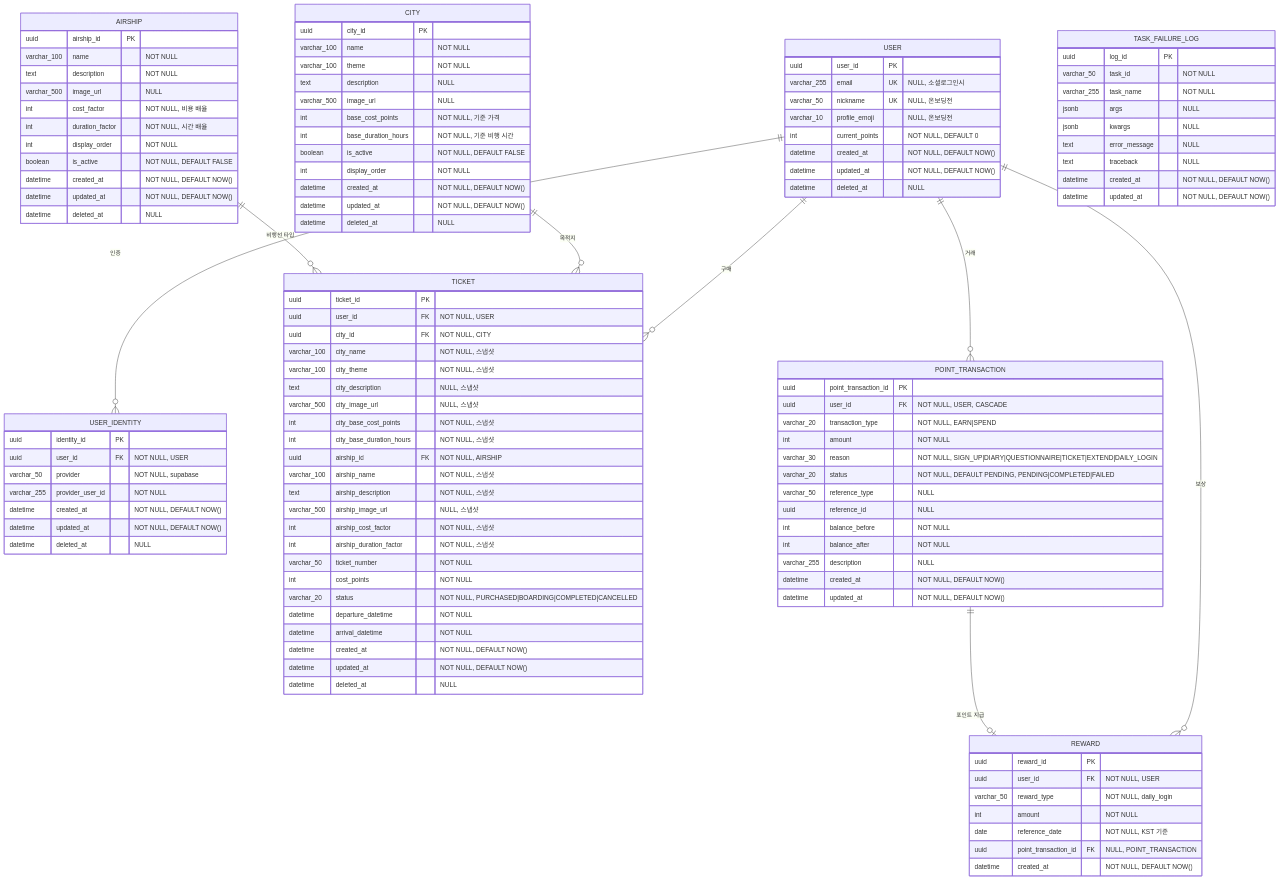
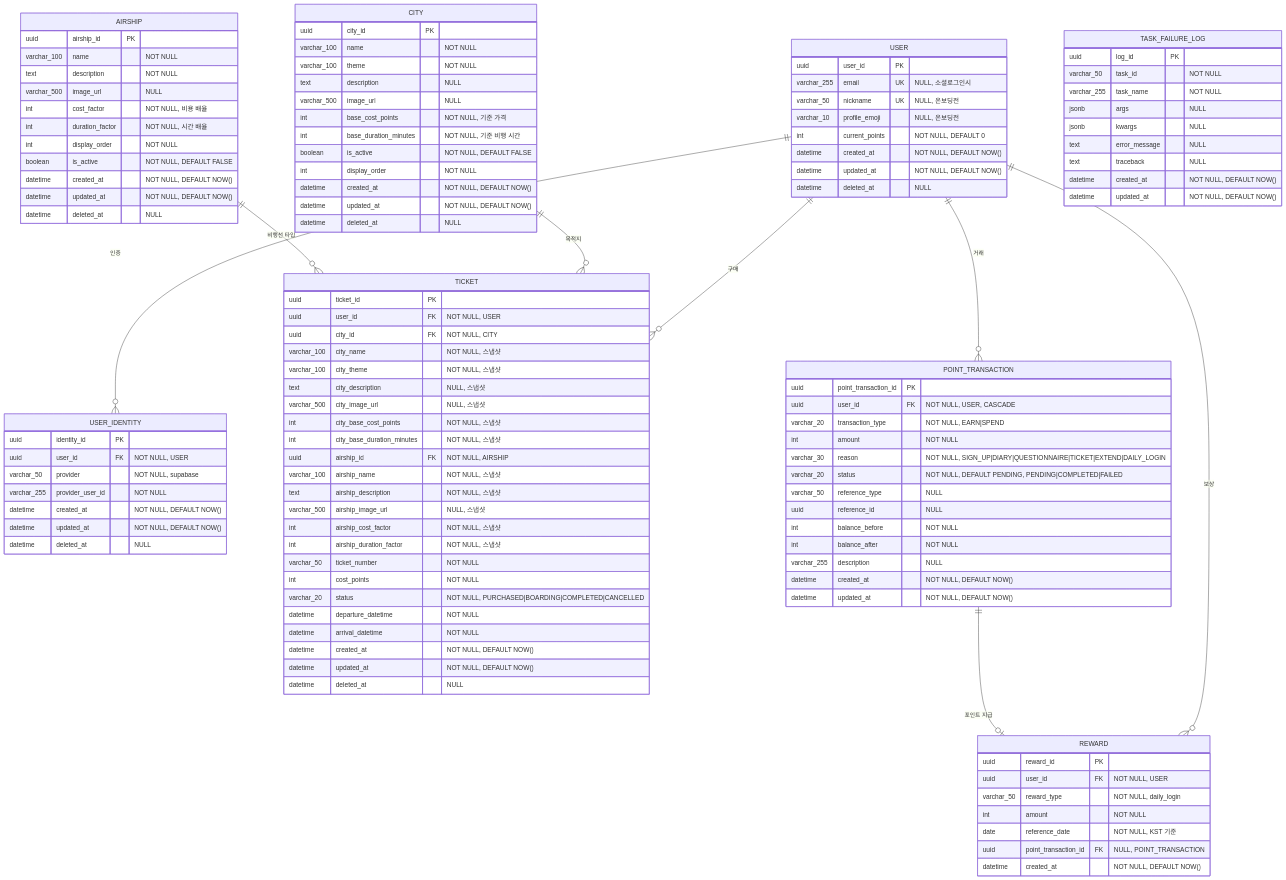
Before and after one commit to yuiyeong/bzero-api: the first of 2 diagrams in docs/erd.md, drawn with Mermaid. The commit also changed other lines of this file and 3 other files, not shown here.

First line of the commit message:
docs: base_duration_hours를 base_duration_minutes로 변경

```diff
--- a/docs/erd.md
+++ b/docs/erd.md
@@ -71,7 +71,7 @@
         text description "NULL"
         varchar_500 image_url "NULL"
         int base_cost_points "NOT NULL, 기준 가격"
-        int base_duration_hours "NOT NULL, 기준 비행 시간"
+        int base_duration_minutes "NOT NULL, 기준 비행 시간"
         boolean is_active "NOT NULL, DEFAULT FALSE"
         int display_order "NOT NULL"
         datetime created_at "NOT NULL, DEFAULT NOW()"
@@ -102,7 +102,7 @@
         text city_description "NULL, 스냅샷"
         varchar_500 city_image_url "NULL, 스냅샷"
         int city_base_cost_points "NOT NULL, 스냅샷"
-        int city_base_duration_hours "NOT NULL, 스냅샷"
+        int city_base_duration_minutes "NOT NULL, 스냅샷"
         uuid airship_id FK "NOT NULL, AIRSHIP"
         varchar_100 airship_name "NOT NULL, 스냅샷"
         text airship_description "NOT NULL, 스냅샷"
```
